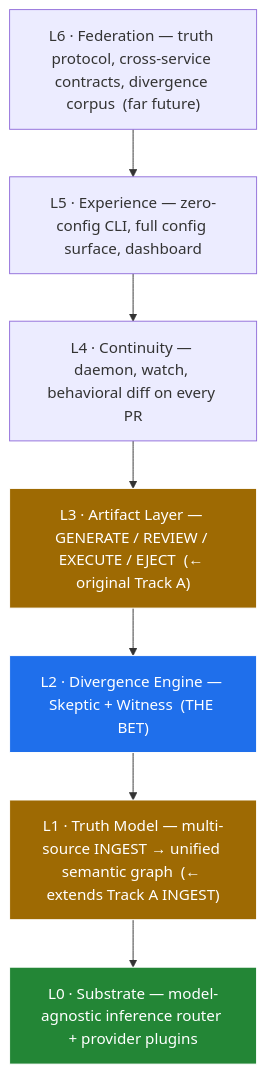
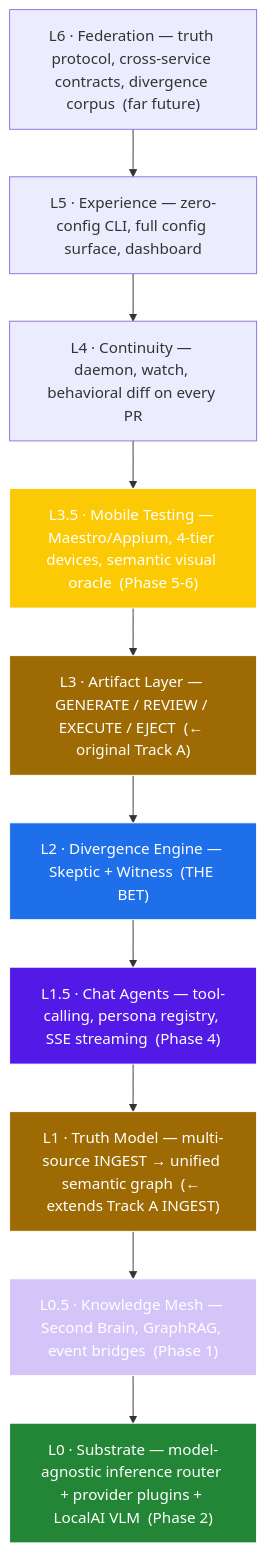
Before and after one commit to moaidmoatasem/cherenkov-qa: the second of 8 diagrams in docs/vision/01_ARCHITECTURE.md, drawn with Mermaid. The commit also changed other lines of this file and 41 other files, not shown here.

````diff
--- a/docs/vision/01_ARCHITECTURE.md
+++ b/docs/vision/01_ARCHITECTURE.md
@@ -57,16 +57,22 @@
 ```mermaid
 flowchart TB
   L6["L6 · Federation — truth protocol, cross-service contracts, divergence corpus  (far future)"]
   L5["L5 · Experience — zero-config CLI, full config surface, dashboard"]
   L4["L4 · Continuity — daemon, watch, behavioral diff on every PR"]
+  L3_5["L3.5 · Mobile Testing — Maestro/Appium, 4-tier devices, semantic visual oracle  (Phase 5-6)"]
   L3["L3 · Artifact Layer — GENERATE / REVIEW / EXECUTE / EJECT  (← original Track A)"]
   L2["L2 · Divergence Engine — Skeptic + Witness  (THE BET)"]
+  L1_5["L1.5 · Chat Agents — tool-calling, persona registry, SSE streaming  (Phase 4)"]
   L1["L1 · Truth Model — multi-source INGEST → unified semantic graph  (← extends Track A INGEST)"]
-  L0["L0 · Substrate — model-agnostic inference router + provider plugins"]
+  L0_5["L0.5 · Knowledge Mesh — Second Brain, GraphRAG, event bridges  (Phase 1)"]
+  L0["L0 · Substrate — model-agnostic inference router + provider plugins + LocalAI VLM  (Phase 2)"]
 
-  L6 --> L5 --> L4 --> L3 --> L2 --> L1 --> L0
+  L6 --> L5 --> L4 --> L3_5 --> L3 --> L2 --> L1_5 --> L1 --> L0_5 --> L0
   style L2 fill:#1f6feb,stroke:#fff,color:#fff
   style L0 fill:#238636,stroke:#fff,color:#fff
   style L3 fill:#9e6a03,stroke:#fff,color:#fff
   style L1 fill:#9e6a03,stroke:#fff,color:#fff
+  style L0_5 fill:#d4c5f9,stroke:#fff,color:#fff
+  style L1_5 fill:#5319e7,stroke:#fff,color:#fff
+  style L3_5 fill:#fbca04,stroke:#fff,color:#fff
 ```
````
